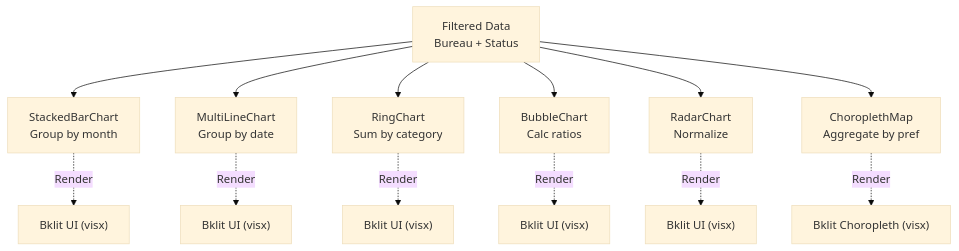
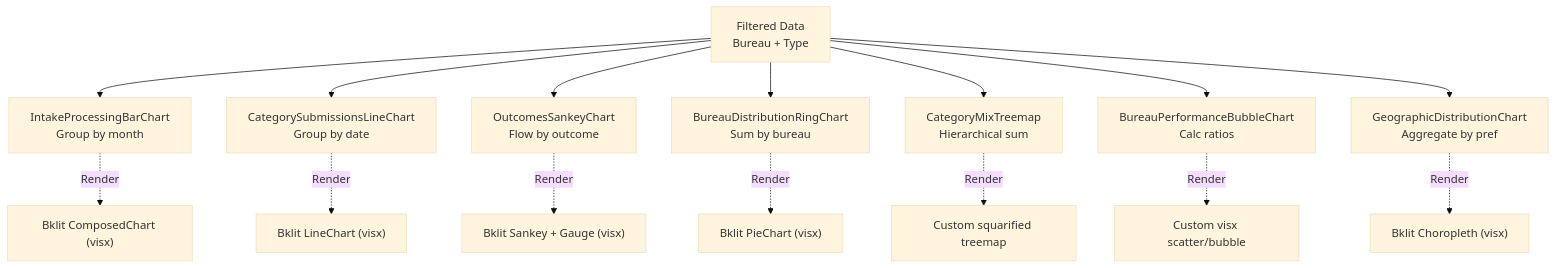
One commit to RetroHazard/JP_Immigration_Dashboard changed the fifth of 16 diagrams in ARCHITECTURE.md. Above: the diagram before and after it, drawn with Mermaid (base theme). The commit also changed other lines of this file and 1 other file, not shown here.

First line of the commit message:
Bring ARCHITECTURE.md and DEVELOPMENT.md up to date with the Civic Glass rebuild

````diff
--- a/ARCHITECTURE.md
+++ b/ARCHITECTURE.md
@@ -124,24 +128,27 @@
 ```mermaid
 graph TD
-    FILTERED["Filtered Data<br/>Bureau + Status"]
-    STACK["StackedBarChart<br/>Group by month"]
-    LINE["MultiLineChart<br/>Group by date"]
-    RING["RingChart<br/>Sum by category"]
-    BUBBLE["BubbleChart<br/>Calc ratios"]
-    RADAR["RadarChart<br/>Normalize"]
-    MAP["ChoroplethMap<br/>Aggregate by pref"]
+    FILTERED["Filtered Data<br/>Bureau + Type"]
+    INTAKE["IntakeProcessingBarChart<br/>Group by month"]
+    TYPES["CategorySubmissionsLineChart<br/>Group by date"]
+    OUTCOMES["OutcomesSankeyChart<br/>Flow by outcome"]
+    SHARE["BureauDistributionRingChart<br/>Sum by bureau"]
+    MIX["CategoryMixTreemap<br/>Hierarchical sum"]
+    EFFICIENCY["BureauPerformanceBubbleChart<br/>Calc ratios"]
+    MAP["GeographicDistributionChart<br/>Aggregate by pref"]
     
-    FILTERED --> STACK
-    FILTERED --> LINE
-    FILTERED --> RING
-    FILTERED --> BUBBLE
-    FILTERED --> RADAR
+    FILTERED --> INTAKE
+    FILTERED --> TYPES
+    FILTERED --> OUTCOMES
+    FILTERED --> SHARE
+    FILTERED --> MIX
+    FILTERED --> EFFICIENCY
     FILTERED --> MAP
     
-    STACK -.->|Render| VIZ1["Bklit UI (visx)"]
-    LINE -.->|Render| VIZ2["Bklit UI (visx)"]
-    RING -.->|Render| VIZ3["Bklit UI (visx)"]
-    BUBBLE -.->|Render| VIZ4["Bklit UI (visx)"]
-    RADAR -.->|Render| VIZ5["Bklit UI (visx)"]
-    MAP -.->|Render| VIZ6["Bklit Choropleth (visx)"]
+    INTAKE -.->|Render| VIZ1["Bklit ComposedChart (visx)"]
+    TYPES -.->|Render| VIZ2["Bklit LineChart (visx)"]
+    OUTCOMES -.->|Render| VIZ3["Bklit Sankey + Gauge (visx)"]
+    SHARE -.->|Render| VIZ4["Bklit PieChart (visx)"]
+    MIX -.->|Render| VIZ5["Custom squarified treemap"]
+    EFFICIENCY -.->|Render| VIZ6["Custom visx scatter/bubble"]
+    MAP -.->|Render| VIZ7["Bklit Choropleth (visx)"]
 ```
````
